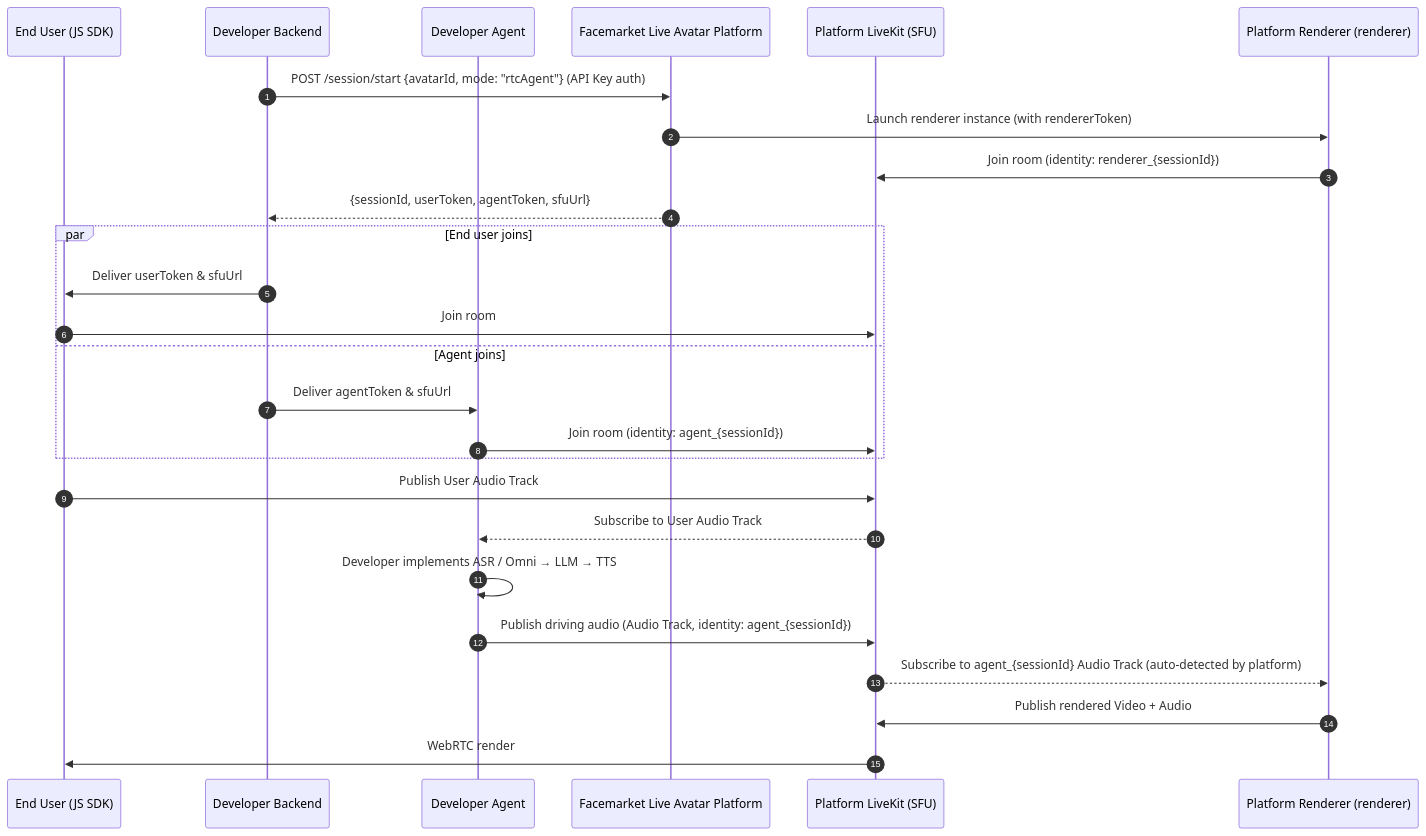
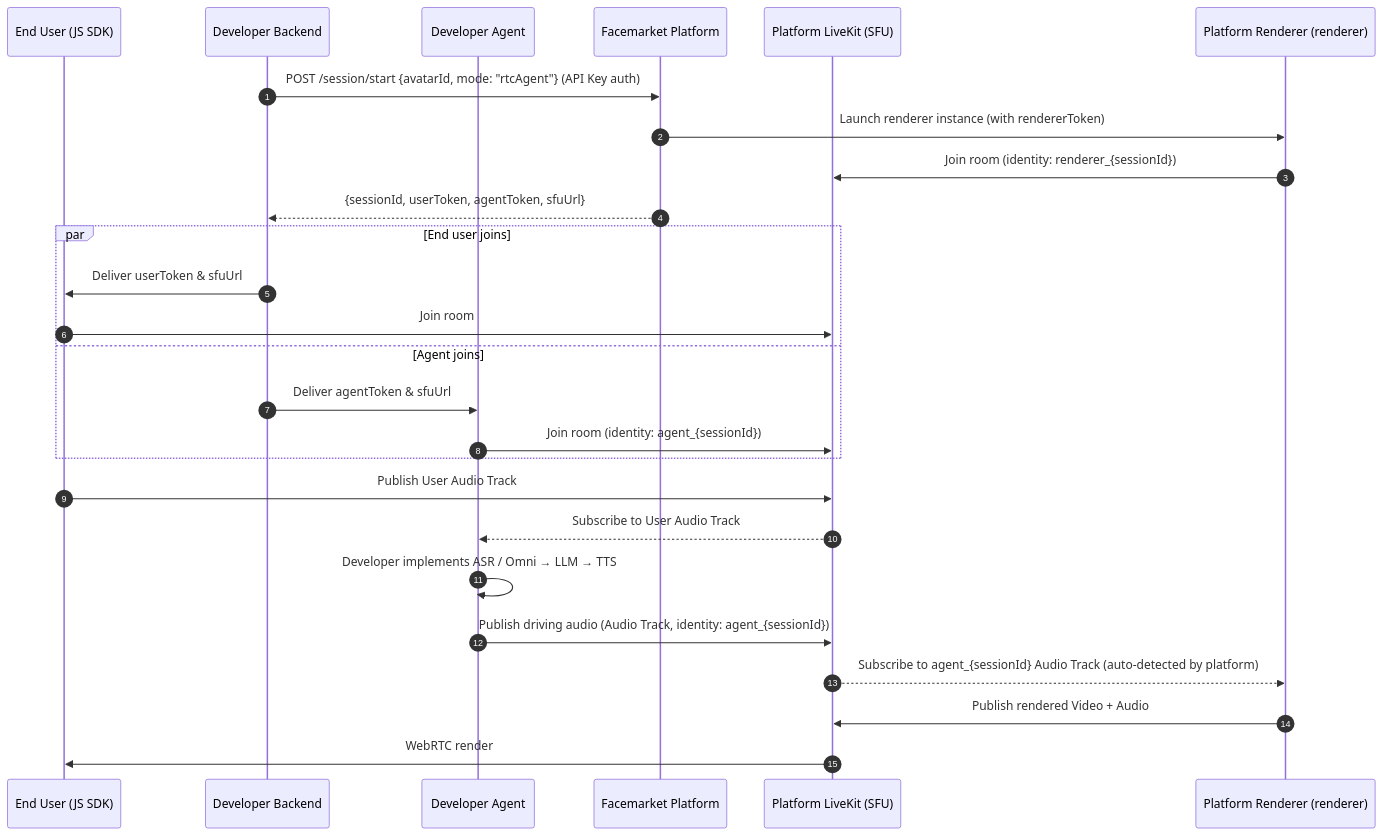
Before and after one commit to newportAI-lab/liveavatar-integration-guide: the second of 3 diagrams in Live Avatar Integration Guide.md, drawn with Mermaid. The commit also changed other lines of this file and 7 other files, not shown here.

````diff
--- a/Live Avatar Integration Guide.md
+++ b/Live Avatar Integration Guide.md
@@ -464,31 +464,31 @@
 ```mermaid
 sequenceDiagram
     autonumber
     participant Client as End User (JS SDK)
     participant Backend as Developer Backend
     participant Agent as Developer Agent
-    participant Platform as Facemarket Live Avatar Platform
+    participant Platform as Facemarket Platform
     participant LiveKit as Platform LiveKit (SFU)
     participant Renderer as Platform Renderer (renderer)
 
     Backend->>Platform: POST /session/start {avatarId, mode: "rtcAgent"} (API Key auth)
     Platform->>Renderer: Launch renderer instance (with rendererToken)
     Renderer->>LiveKit: Join room (identity: renderer_{sessionId})
     Platform-->>Backend: {sessionId, userToken, agentToken, sfuUrl}
 
     par End user joins
         Backend->>Client: Deliver userToken & sfuUrl
         Client->>LiveKit: Join room
     and Agent joins
         Backend->>Agent: Deliver agentToken & sfuUrl
         Agent->>LiveKit: Join room (identity: agent_{sessionId})
     end
 
     Client->>LiveKit: Publish User Audio Track
     LiveKit-->>Agent: Subscribe to User Audio Track
     Agent->>Agent: Developer implements ASR / Omni → LLM → TTS
     Agent->>LiveKit: Publish driving audio (Audio Track, identity: agent_{sessionId})
     LiveKit-->>Renderer: Subscribe to agent_{sessionId} Audio Track (auto-detected by platform)
     Renderer->>LiveKit: Publish rendered Video + Audio
     LiveKit->>Client: WebRTC render
 ```
````
